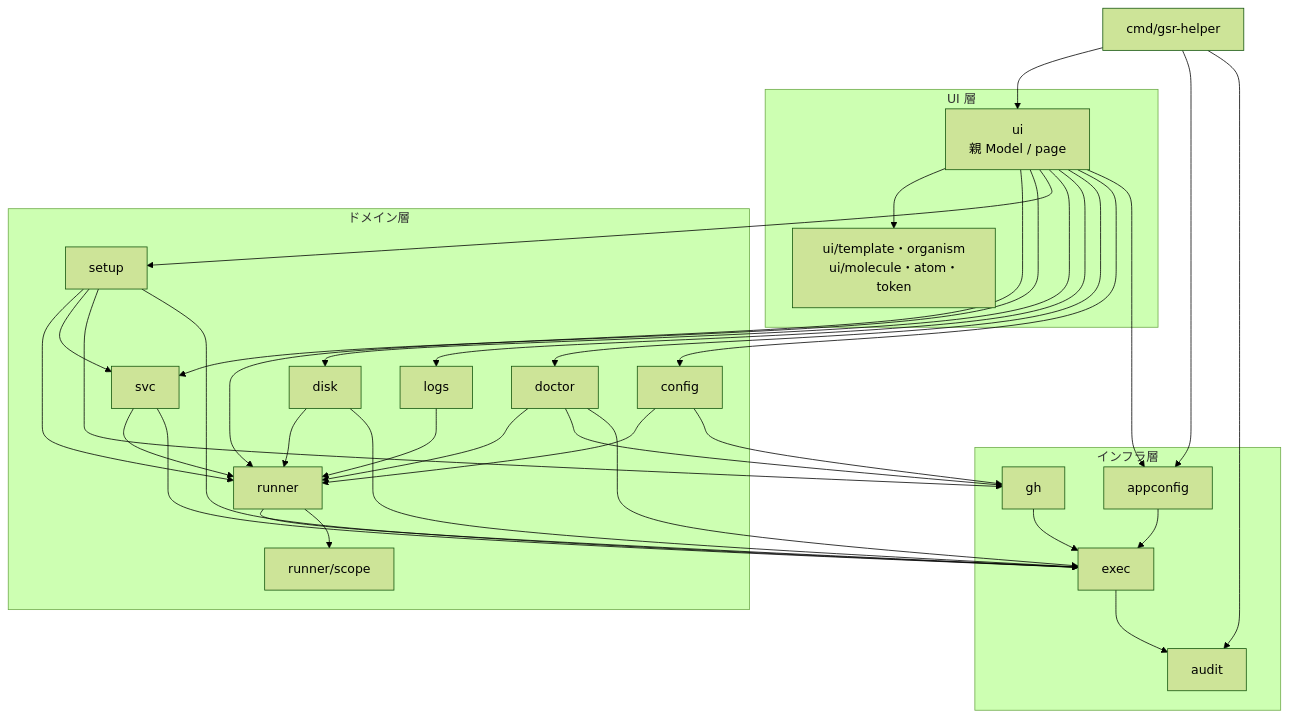
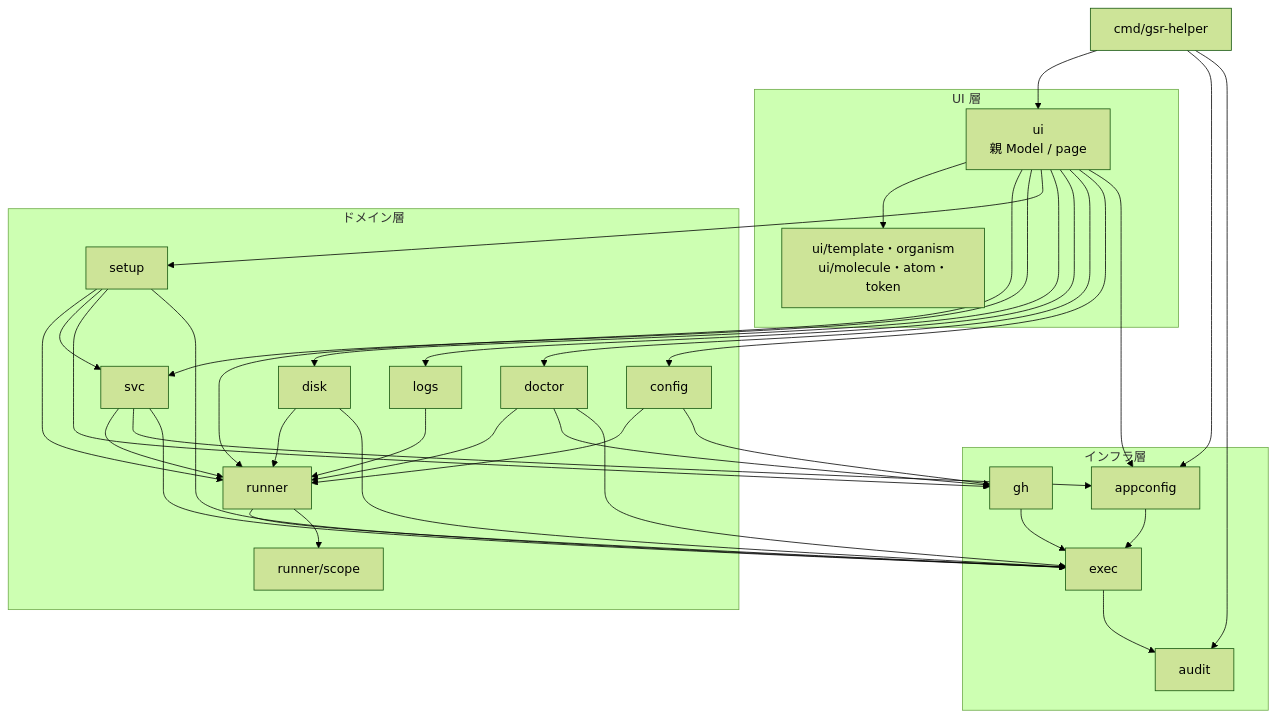
One commit to ousiassllc/gsr-helper changed the diagram in docs/components/overview.md. Above: the diagram before and after it, drawn with Mermaid (forest theme). The commit also changed other lines of this file and 12 other files, not shown here.

````diff
--- a/docs/components/overview.md
+++ b/docs/components/overview.md
@@ -7,63 +7,64 @@
 ```mermaid
 graph TD
     Main[cmd/gsr-helper]
 
     subgraph UI[UI 層]
         UIApp[ui<br/>親 Model / page]
         UIParts[ui/template・organism<br/>ui/molecule・atom・token]
     end
 
     subgraph Domain[ドメイン層]
         Runner[runner]
         RScope[runner/scope]
         Svc[svc]
         Setup[setup]
         Disk[disk]
         Logs[logs]
         Doctor[doctor]
         Config[config]
     end
 
     subgraph Infra[インフラ層]
         Exec[exec]
         GH[gh]
         Audit[audit]
         Appconf[appconfig]
     end
 
     Main --> UIApp
     Main --> Appconf
     Main --> Audit
 
     UIApp --> UIParts
 
     UIApp --> Runner
     UIApp --> Svc
     UIApp --> Setup
     UIApp --> Disk
     UIApp --> Logs
     UIApp --> Doctor
     UIApp --> Config
     UIApp --> Appconf
 
     Svc --> Runner
+    Svc --> Appconf
     Setup --> Runner
     Setup --> Svc
     Setup --> GH
     Disk --> Runner
     Logs --> Runner
     Doctor --> Runner
     Doctor --> GH
     Config --> Runner
     Config --> GH
 
     Runner --> Exec
     Runner --> RScope
     Svc --> Exec
     Setup --> Exec
     Disk --> Exec
     Doctor --> Exec
     GH --> Exec
     Appconf --> Exec
     Exec --> Audit
 ```
````
